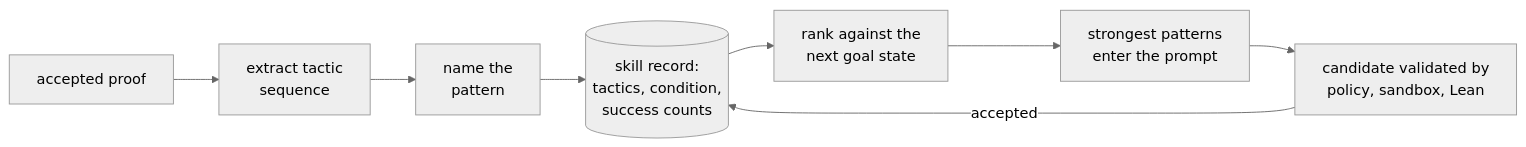
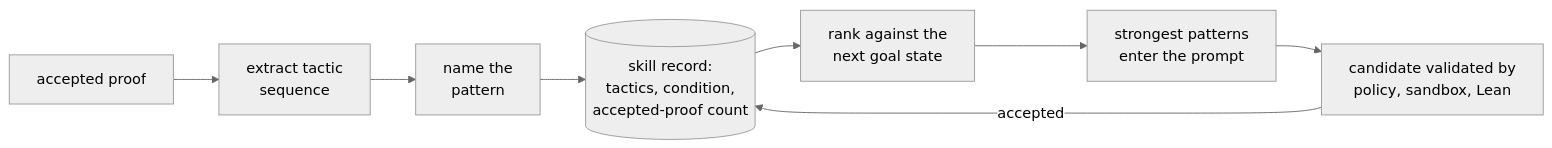
One commit to LeonardAukea/autolean changed the second of 2 diagrams in docs/explanation/research-loop.md. Above: the diagram before and after it, drawn with Mermaid (neutral theme). The commit also changed other lines of this file and 2 other files, not shown here.

First line of the commit message:
Skills: Count observed reuse instead of a success rate

````diff
--- a/docs/explanation/research-loop.md
+++ b/docs/explanation/research-loop.md
@@ -99,10 +100,10 @@
 ```mermaid
 flowchart LR
     accepted["accepted proof"] --> extract["extract tactic<br/>sequence"]
     extract --> classify["name the<br/>pattern"]
-    classify --> store[("skill record:<br/>tactics, condition,<br/>success counts")]
+    classify --> store[("skill record:<br/>tactics, condition,<br/>accepted-proof count")]
     store --> rank["rank against the<br/>next goal state"]
     rank --> inject["strongest patterns<br/>enter the prompt"]
     inject --> validate["candidate validated by<br/>policy, sandbox, Lean"]
     validate -- "accepted" --> store
 ```
````
